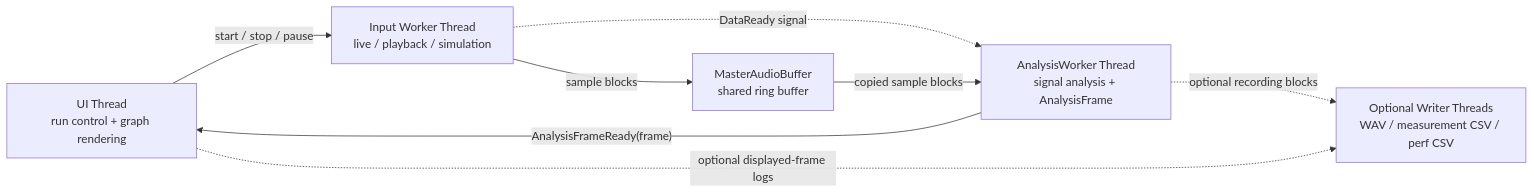
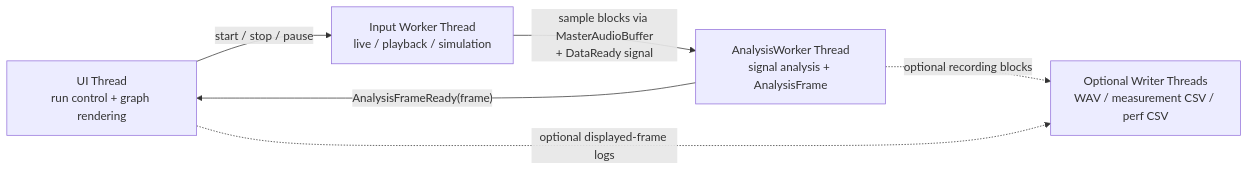
One commit to Jae-hong-5/TimeGrapher-Net changed the first of 2 diagrams in docs/for-ai/THREAD_DATA_FLOW_VIEW.md. Above: the diagram before and after it, drawn with Mermaid. The commit also changed other lines of this file, not shown here.

First line of the commit message:
docs(for-ai): remove buffer node from thread flow

````diff
--- a/docs/for-ai/THREAD_DATA_FLOW_VIEW.md
+++ b/docs/for-ai/THREAD_DATA_FLOW_VIEW.md
@@ -7,16 +7,13 @@
 ```mermaid
 flowchart LR
     UI["UI Thread<br/>run control + graph rendering"]
     Input["Input Worker Thread<br/>live / playback / simulation"]
-    Buffer["MasterAudioBuffer<br/>shared ring buffer"]
     Analysis["AnalysisWorker Thread<br/>signal analysis + AnalysisFrame"]
     Writers["Optional Writer Threads<br/>WAV / measurement CSV / perf CSV"]
 
     UI -->|"start / stop / pause"| Input
-    Input -->|"sample blocks"| Buffer
-    Input -.->|"DataReady signal"| Analysis
-    Buffer -->|"copied sample blocks"| Analysis
+    Input -->|"sample blocks via MasterAudioBuffer<br/>+ DataReady signal"| Analysis
     Analysis -->|"AnalysisFrameReady(frame)"| UI
     Analysis -.->|"optional recording blocks"| Writers
     UI -.->|"optional displayed-frame logs"| Writers
 ```
````
